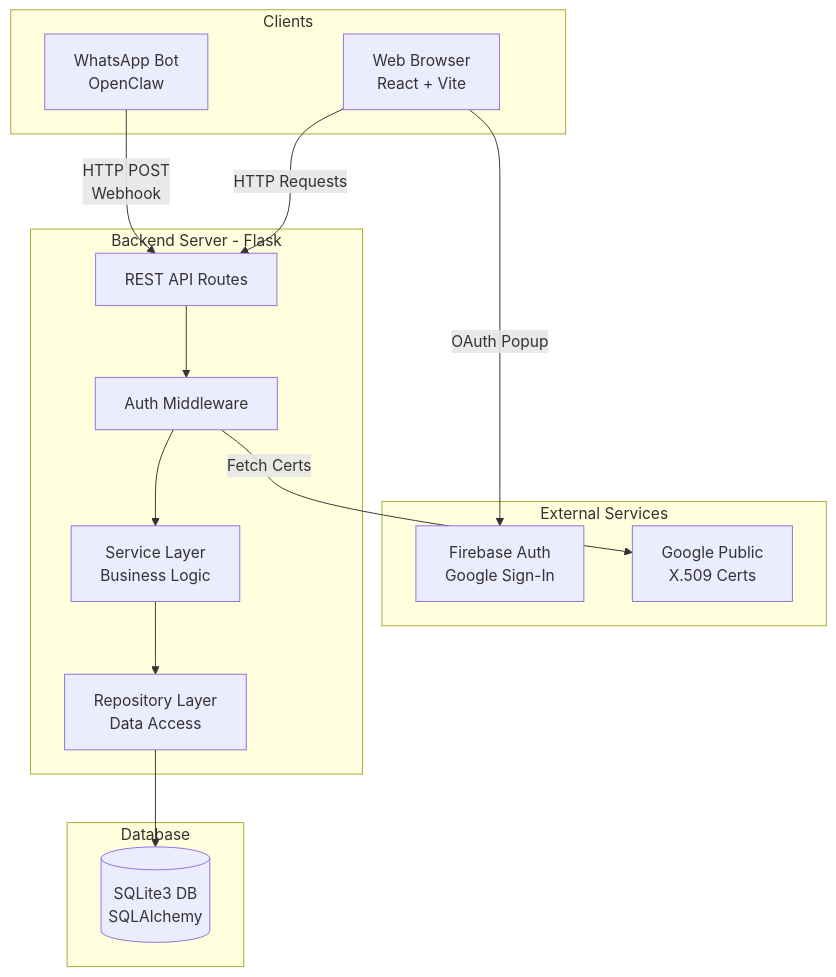
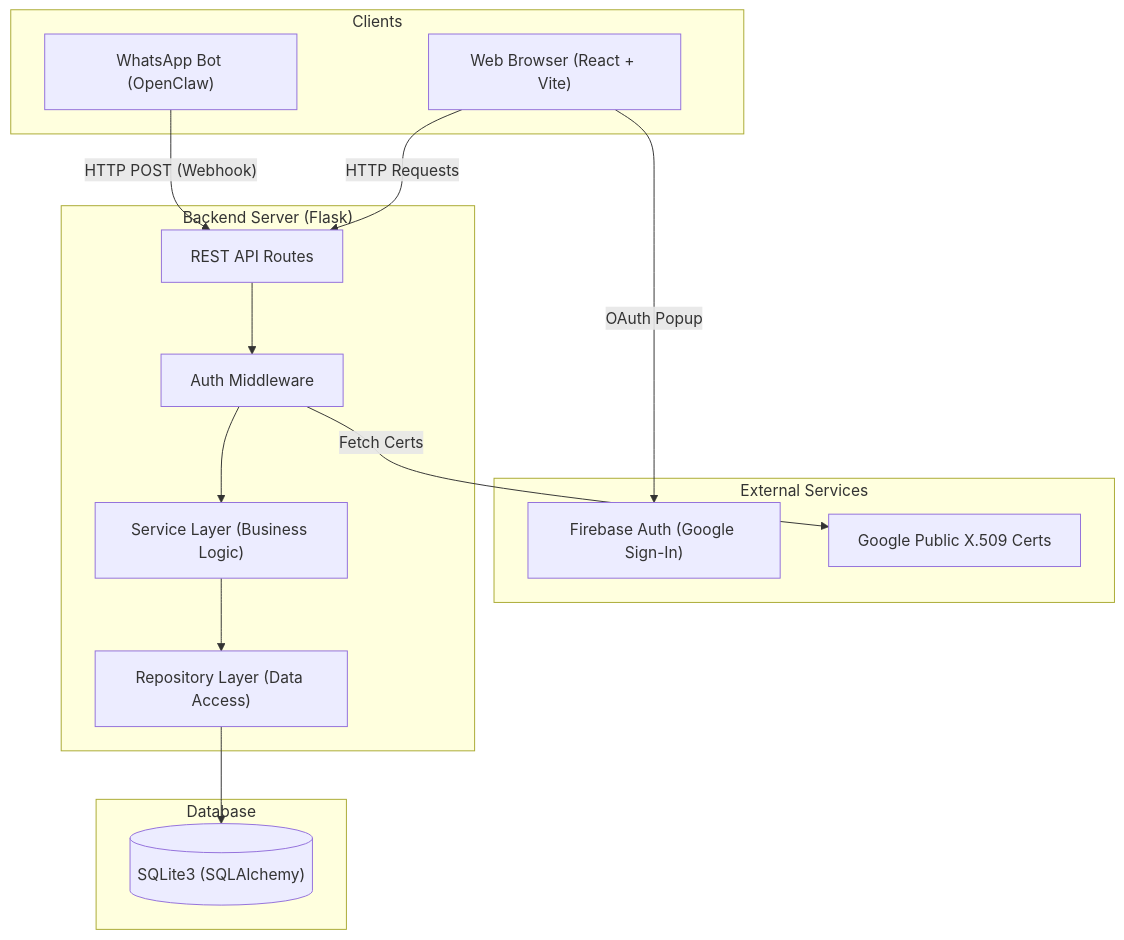
The first of 4 diagrams in README.md (Jax-2207/Task-Manager-Employee-Task-Decision-System-), drawn with Mermaid before and after one commit. The commit also changed other lines of this file and 4 other files, not shown here.

````diff
--- a/README.md
+++ b/README.md
@@ -47,33 +45,33 @@
 ```mermaid
 graph TD
     subgraph Clients
-        W[Web Browser<br/>React + Vite]
-        WA[WhatsApp Bot<br/>OpenClaw]
+        W["Web Browser (React + Vite)"]
+        WA["WhatsApp Bot (OpenClaw)"]
     end
 
     subgraph External Services
-        F[Firebase Auth<br/>Google Sign-In]
-        GC[Google Public<br/>X.509 Certs]
+        F["Firebase Auth (Google Sign-In)"]
+        GC["Google Public X.509 Certs"]
     end
 
-    subgraph Backend Server - Flask
-        API[REST API Routes]
-        MW[Auth Middleware]
-        SVC[Service Layer<br/>Business Logic]
-        REP[Repository Layer<br/>Data Access]
+    subgraph "Backend Server (Flask)"
+        API["REST API Routes"]
+        MW["Auth Middleware"]
+        SVC["Service Layer (Business Logic)"]
+        REP["Repository Layer (Data Access)"]
     end
 
     subgraph Database
-        DB[(SQLite3 DB<br/>SQLAlchemy)]
+        DB[("SQLite3 (SQLAlchemy)")]
     end
 
-    W -- HTTP Requests --> API
-    WA -- HTTP POST<br/>Webhook --> API
-    W -- OAuth Popup --> F
+    W -- "HTTP Requests" --> API
+    WA -- "HTTP POST (Webhook)" --> API
+    W -- "OAuth Popup" --> F
     
     API --> MW
-    MW -- Fetch Certs --> GC
+    MW -- "Fetch Certs" --> GC
     MW --> SVC
     SVC --> REP
     REP --> DB
 ```
````
